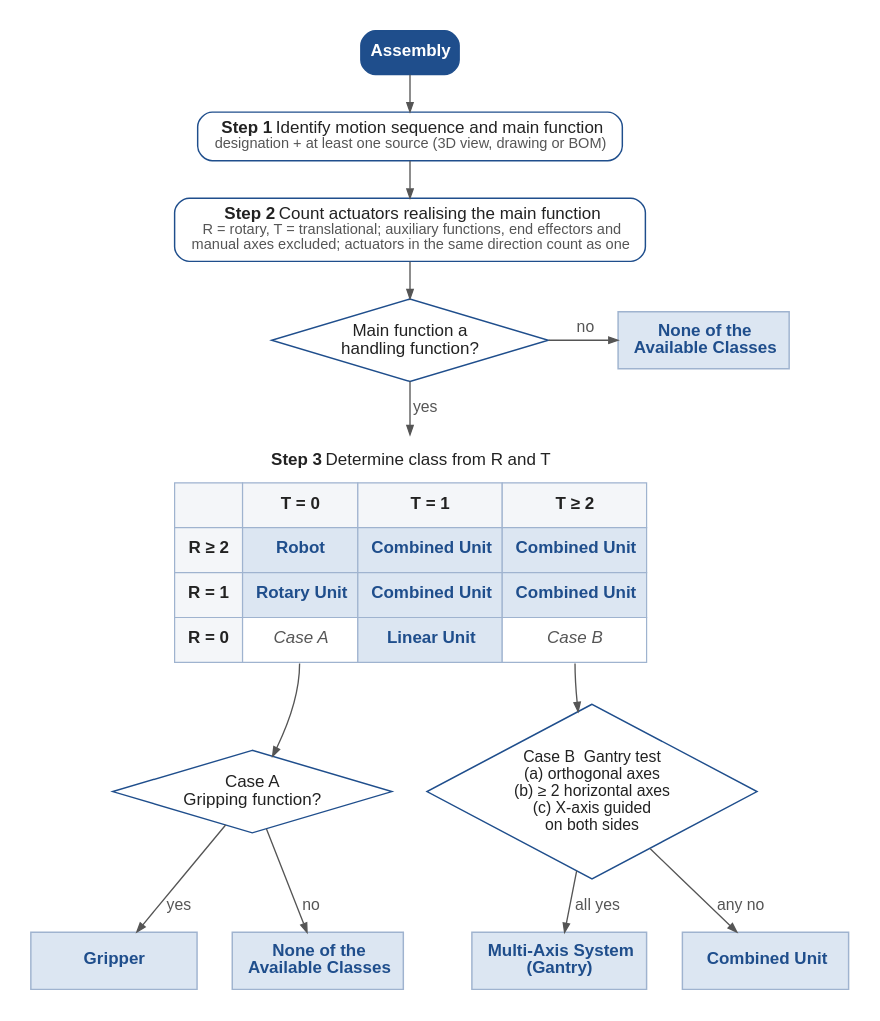
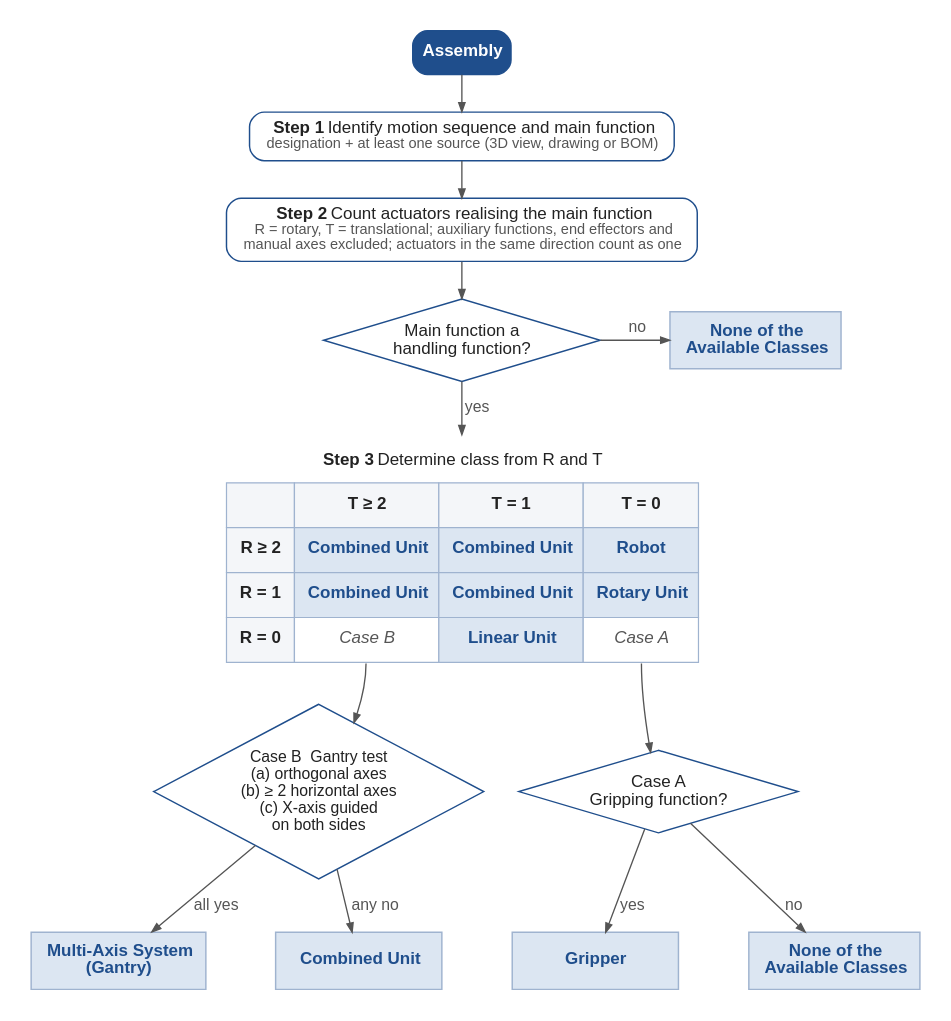
One commit to XiaguGHW/RepoMA changed the diagram in thesis/figures/fig_4_2_decision_flowchart.dot. Above: the diagram before and after it, drawn with Graphviz. The commit also changed 2 other files, not shown here.

Commit message:
Order T columns descending in Figure 4.2
Match the descending R rows; case B branch now on the left, case A on the right.

Claude-Session: https://claude.ai/code/session_015KCPdzMM1kiTcANidT3H5W

```diff
--- a/thesis/figures/fig_4_2_decision_flowchart.dot
+++ b/thesis/figures/fig_4_2_decision_flowchart.dot
@@ -1,43 +1,44 @@
 digraph G {
   graph [rankdir=TB, fontname="Liberation Sans", nodesep=0.4, ranksep=0.4, pad=0.25, bgcolor="white"];
   node  [fontname="Liberation Sans", fontsize=14, penwidth=1.2, color="#1F4E8C", fontcolor="#222222"];
   edge  [fontname="Liberation Sans", fontsize=13, arrowsize=0.75, penwidth=1.1, color="#555555", fontcolor="#555555"];
 
   start [shape=box, style="rounded,filled", fillcolor="#1F4E8C", color="#1F4E8C", fontcolor="white", label=<<B>Assembly</B>>];
   s1 [shape=box, style="rounded", margin="0.2,0.1",
       label=<<B>Step 1</B>  Identify motion sequence and main function<BR/><FONT POINT-SIZE="12" COLOR="#555555">designation + at least one source (3D view, drawing or BOM)</FONT>>];
   s2 [shape=box, style="rounded", margin="0.2,0.1",
       label=<<B>Step 2</B>  Count actuators realising the main function<BR/><FONT POINT-SIZE="12" COLOR="#555555">R = rotary, T = translational; auxiliary functions, end effectors and<BR/>manual axes excluded; actuators in the same direction count as one</FONT>>];
   d1 [shape=diamond, margin="0.03,0.03", label="Main function a\nhandling function?"];
 
   table [shape=plaintext, label=<
     <TABLE BORDER="0" CELLBORDER="1" CELLSPACING="0" CELLPADDING="10" COLOR="#9FB3CF">
       <TR><TD BORDER="0" COLSPAN="4"><B>Step 3</B>  Determine class from R and T</TD></TR>
-      <TR><TD BGCOLOR="#F4F6F9"></TD><TD BGCOLOR="#F4F6F9"><B>T = 0</B></TD><TD BGCOLOR="#F4F6F9"><B>T = 1</B></TD><TD BGCOLOR="#F4F6F9"><B>T ≥ 2</B></TD></TR>
-      <TR><TD BGCOLOR="#F4F6F9"><B>R ≥ 2</B></TD><TD BGCOLOR="#DCE6F2"><FONT COLOR="#1F4E8C"><B>Robot</B></FONT></TD><TD BGCOLOR="#DCE6F2"><FONT COLOR="#1F4E8C"><B>Combined Unit</B></FONT></TD><TD BGCOLOR="#DCE6F2"><FONT COLOR="#1F4E8C"><B>Combined Unit</B></FONT></TD></TR>
-      <TR><TD BGCOLOR="#F4F6F9"><B>R = 1</B></TD><TD BGCOLOR="#DCE6F2"><FONT COLOR="#1F4E8C"><B>Rotary Unit</B></FONT></TD><TD BGCOLOR="#DCE6F2"><FONT COLOR="#1F4E8C"><B>Combined Unit</B></FONT></TD><TD BGCOLOR="#DCE6F2"><FONT COLOR="#1F4E8C"><B>Combined Unit</B></FONT></TD></TR>
-      <TR><TD BGCOLOR="#F4F6F9"><B>R = 0</B></TD><TD PORT="a" BGCOLOR="white"><FONT COLOR="#555555"><I>Case A</I></FONT></TD><TD BGCOLOR="#DCE6F2"><FONT COLOR="#1F4E8C"><B>Linear Unit</B></FONT></TD><TD PORT="b" BGCOLOR="white"><FONT COLOR="#555555"><I>Case B</I></FONT></TD></TR>
+      <TR><TD BGCOLOR="#F4F6F9"></TD><TD BGCOLOR="#F4F6F9"><B>T ≥ 2</B></TD><TD BGCOLOR="#F4F6F9"><B>T = 1</B></TD><TD BGCOLOR="#F4F6F9"><B>T = 0</B></TD></TR>
+      <TR><TD BGCOLOR="#F4F6F9"><B>R ≥ 2</B></TD><TD BGCOLOR="#DCE6F2"><FONT COLOR="#1F4E8C"><B>Combined Unit</B></FONT></TD><TD BGCOLOR="#DCE6F2"><FONT COLOR="#1F4E8C"><B>Combined Unit</B></FONT></TD><TD BGCOLOR="#DCE6F2"><FONT COLOR="#1F4E8C"><B>Robot</B></FONT></TD></TR>
+      <TR><TD BGCOLOR="#F4F6F9"><B>R = 1</B></TD><TD BGCOLOR="#DCE6F2"><FONT COLOR="#1F4E8C"><B>Combined Unit</B></FONT></TD><TD BGCOLOR="#DCE6F2"><FONT COLOR="#1F4E8C"><B>Combined Unit</B></FONT></TD><TD BGCOLOR="#DCE6F2"><FONT COLOR="#1F4E8C"><B>Rotary Unit</B></FONT></TD></TR>
+      <TR><TD BGCOLOR="#F4F6F9"><B>R = 0</B></TD><TD PORT="b" BGCOLOR="white"><FONT COLOR="#555555"><I>Case B</I></FONT></TD><TD BGCOLOR="#DCE6F2"><FONT COLOR="#1F4E8C"><B>Linear Unit</B></FONT></TD><TD PORT="a" BGCOLOR="white"><FONT COLOR="#555555"><I>Case A</I></FONT></TD></TR>
     </TABLE>>];
 
   qa [shape=diamond, margin="0.03,0.03", label="Case A\nGripping function?"];
   qb [shape=diamond, margin="0.02,0.02", fontsize=13, label="Case B  Gantry test\n(a) orthogonal axes\n(b) ≥ 2 horizontal axes\n(c) X-axis guided\non both sides"];
 
   node [shape=box, style="filled", fillcolor="#DCE6F2", color="#9FB3CF", fontcolor="#1F4E8C", margin="0.18,0.1", width=1.9, height=0.65];
   none1  [label=<<B>None of the<BR/>Available Classes</B>>];
   grip   [label=<<B>Gripper</B>>];
   none2  [label=<<B>None of the<BR/>Available Classes</B>>];
   gantry [label=<<B>Multi-Axis System<BR/>(Gantry)</B>>];
   comb   [label=<<B>Combined Unit</B>>];
 
   start -> s1 -> s2 -> d1;
   d1 -> none1 [label="  no"];
   d1 -> table [label=" yes"];
   table:a:s -> qa;
   table:b:s -> qb;
   qa -> grip [label=" yes"];
   qa -> none2 [label=" no"];
   qb -> gantry [label=" all yes"];
   qb -> comb [label=" any no"];
   {rank=same; d1; none1}
-  {rank=same; grip; none2; gantry; comb}
+  {rank=same; gantry; comb; grip; none2}
+  edge [style=invis]; gantry -> comb -> grip -> none2;
 }
```
